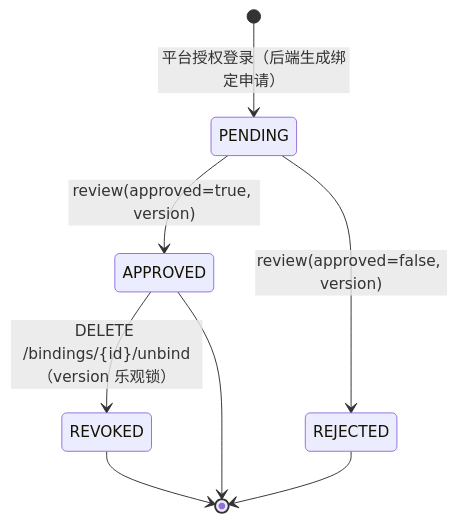
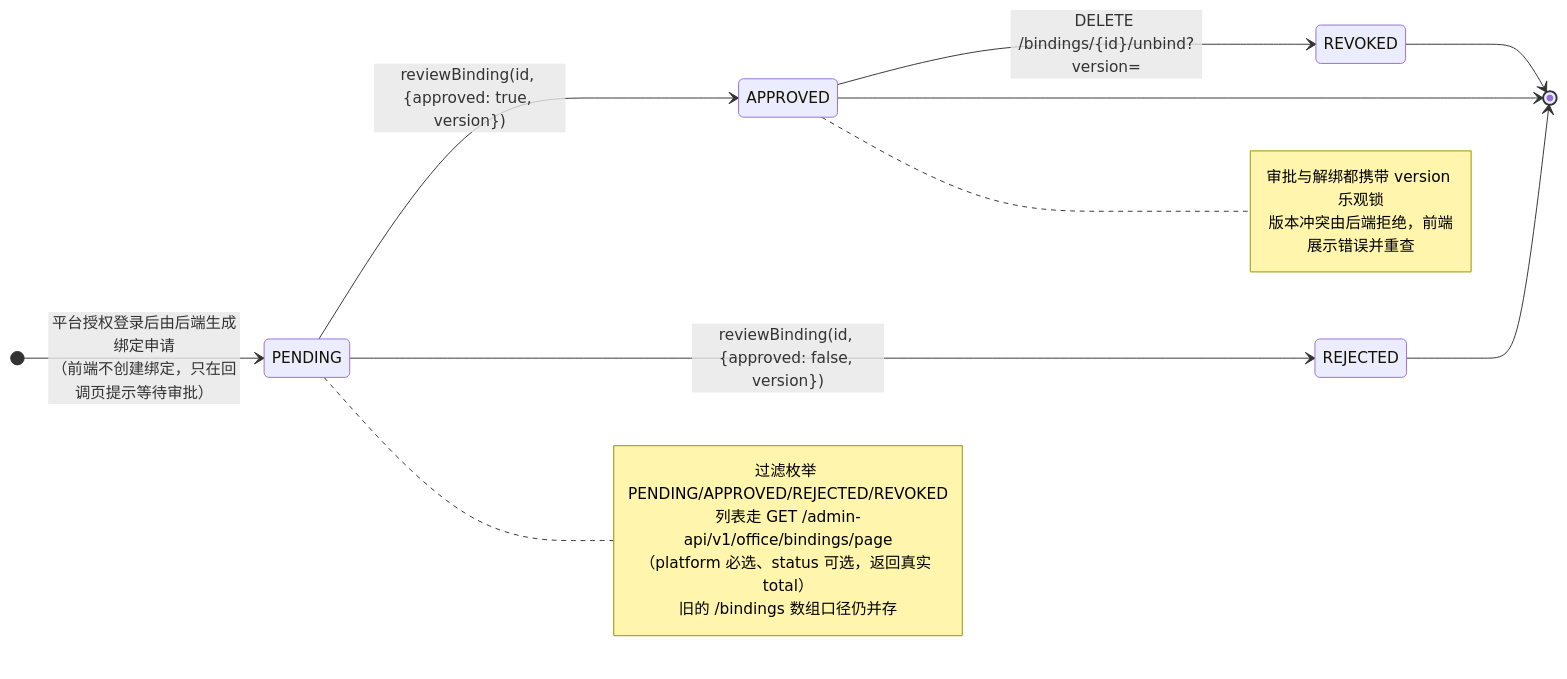
One commit to apex-cloud-service/apex-admin-web changed the diagram in docs/diagrams/architecture-domain-and-state-diagrams-04.mmd. Above: the diagram before and after it, drawn with Mermaid. The commit also changed 149 other files, not shown here.

First line of the commit message:
docs(governance): FE-033 全仓文档/脚本/配置目录重组与图表重制收口

```diff
--- a/docs/diagrams/architecture-domain-and-state-diagrams-04.mmd
+++ b/docs/diagrams/architecture-domain-and-state-diagrams-04.mmd
@@ -1,10 +1,24 @@
 stateDiagram-v2
-    [*] --> PENDING : 平台授权登录（后端生成绑定申请）
+    direction LR
+    [*] --> PENDING : 平台授权登录后由后端生成绑定申请<br/>（前端不创建绑定，只在回调页提示等待审批）
 
-    PENDING --> APPROVED : review(approved=true, version)
-    PENDING --> REJECTED : review(approved=false, version)
-    APPROVED --> REVOKED : DELETE /bindings/{id}/unbind（version 乐观锁）
+    PENDING --> APPROVED : reviewBinding(id, {approved: true, version})
+    PENDING --> REJECTED : reviewBinding(id, {approved: false, version})
+
+    APPROVED --> REVOKED : DELETE /bindings/{id}/unbind?version=
 
     APPROVED --> [*]
     REJECTED --> [*]
     REVOKED --> [*]
+
+    note right of PENDING
+        过滤枚举 PENDING/APPROVED/REJECTED/REVOKED
+        列表走 GET /admin-api/v1/office/bindings/page
+        （platform 必选、status 可选，返回真实 total）
+        旧的 /bindings 数组口径仍并存
+    end note
+
+    note right of APPROVED
+        审批与解绑都携带 version 乐观锁
+        版本冲突由后端拒绝，前端展示错误并重查
+    end note
```
